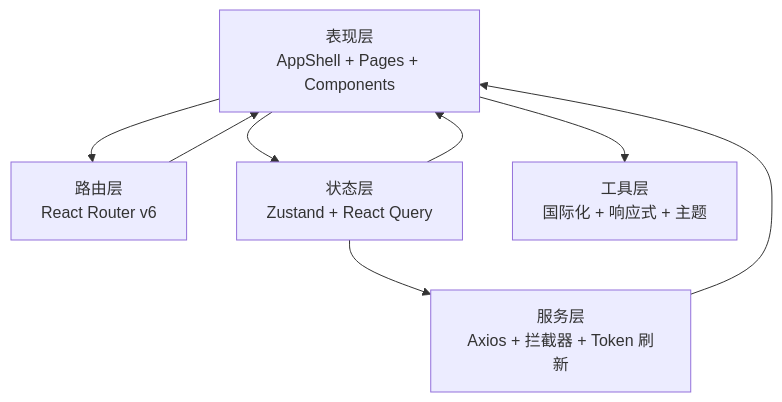
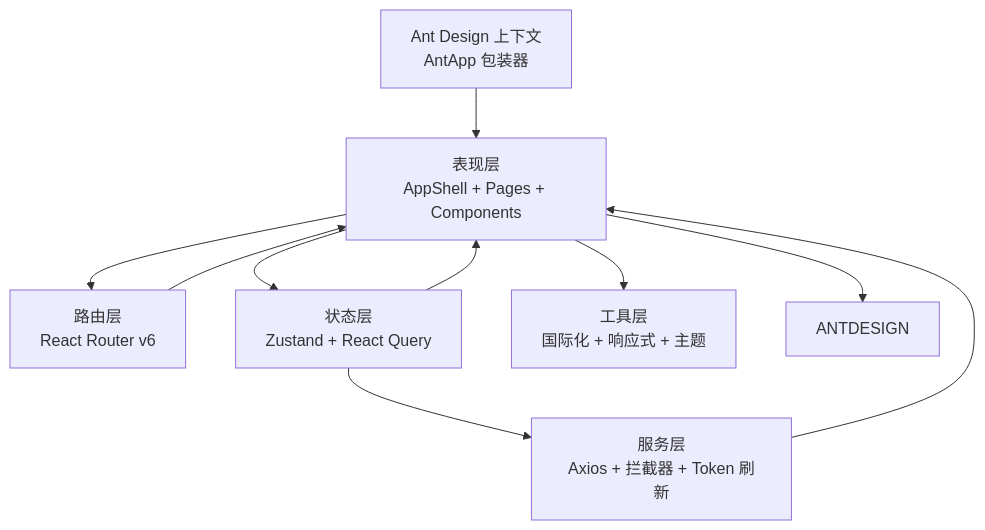
One commit to bixinhaner/xomc changed the second of 8 diagrams in .qoder/repowiki/zh/content/前端开发/应用架构.md. Above: the diagram before and after it, drawn with Mermaid. The commit also changed other lines of this file and 4 other files, not shown here.

````diff
--- a/.qoder/repowiki/zh/content/前端开发/应用架构.md
+++ b/.qoder/repowiki/zh/content/前端开发/应用架构.md
@@ -137,15 +141,18 @@
 ```mermaid
 graph TB
 UI["表现层<br/>AppShell + Pages + Components"]
 ROUTER["路由层<br/>React Router v6"]
 STATE["状态层<br/>Zustand + React Query"]
 SVC["服务层<br/>Axios + 拦截器 + Token 刷新"]
 UTIL["工具层<br/>国际化 + 响应式 + 主题"]
+ANTD["Ant Design 上下文<br/>AntApp 包装器"]
 UI --> ROUTER
 UI --> STATE
 UI --> UTIL
+UI --> ANTDESIGN
 ROUTER --> UI
 STATE --> UI
 STATE --> SVC
 SVC --> UI
+ANTD --> UI
 ```
````
